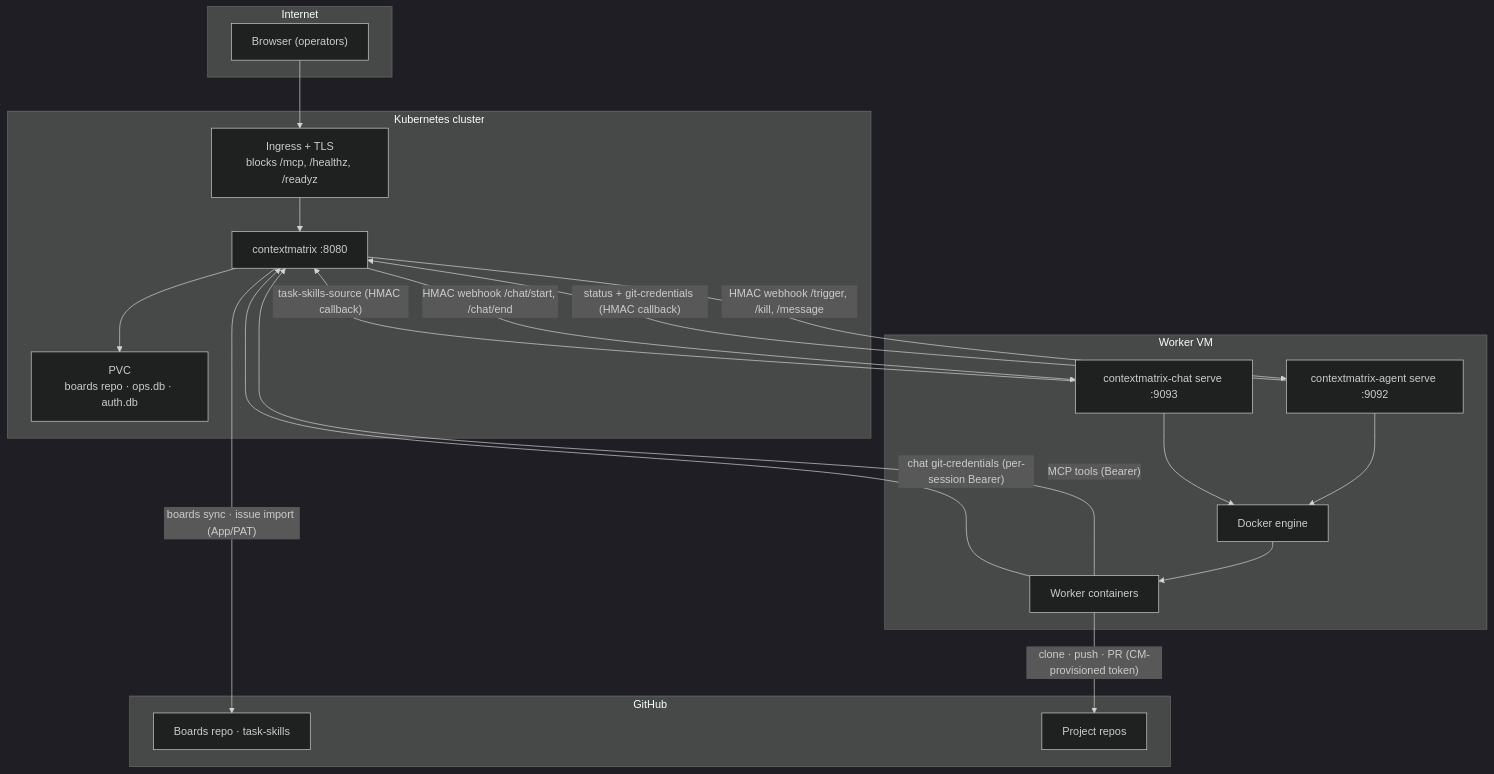
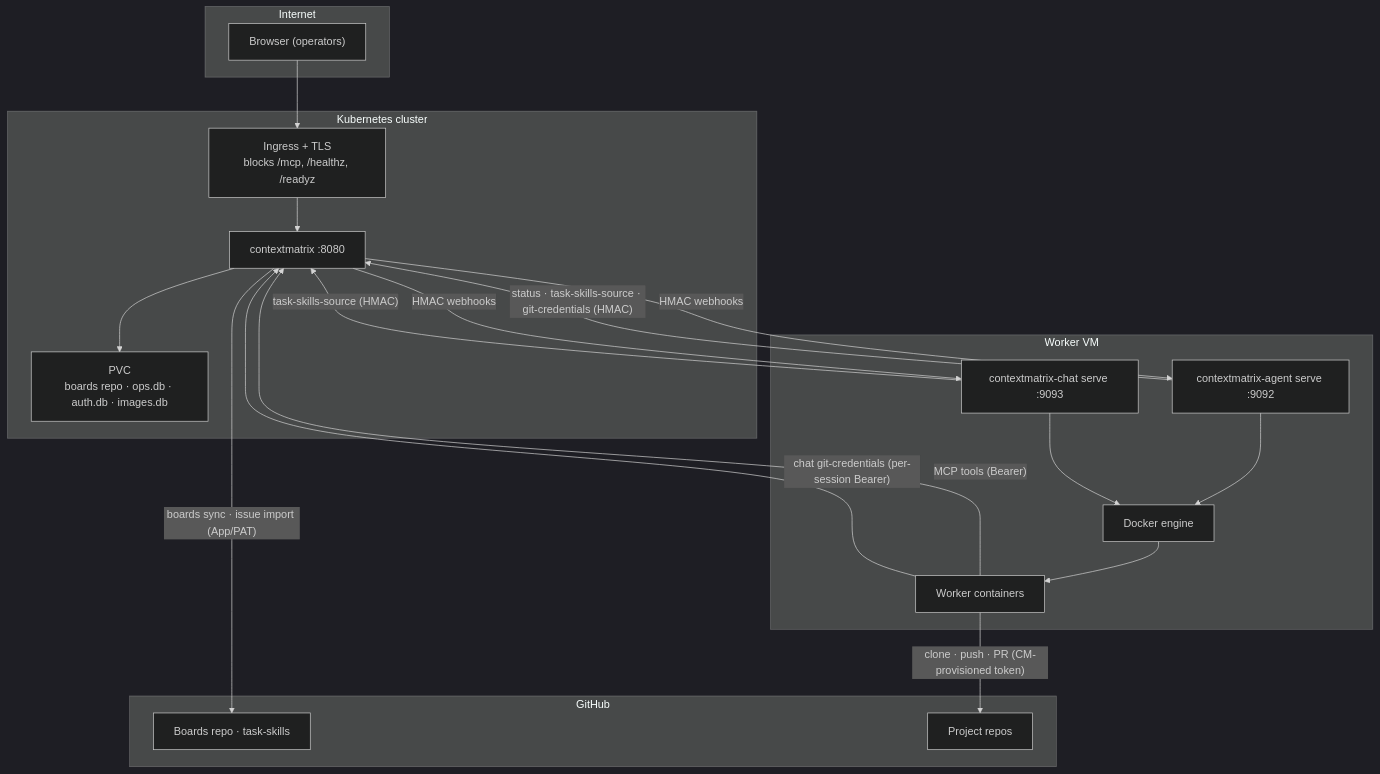
Before and after one commit to mhersson/contextmatrix: the diagram in docs/deployment-example.md, drawn with Mermaid (dark theme). The commit also changed other lines of this file and 10 other files, not shown here.

````diff
--- a/docs/deployment-example.md
+++ b/docs/deployment-example.md
@@ -21,39 +22,39 @@
 ```mermaid
 flowchart TB
     subgraph internet["Internet"]
         browser["Browser (operators)"]
     end
 
     subgraph k8s["Kubernetes cluster"]
         ingress["Ingress + TLS<br/>blocks /mcp, /healthz, /readyz"]
         cm["contextmatrix :8080"]
-        pvc["PVC<br/>boards repo · ops.db · auth.db"]
+        pvc["PVC<br/>boards repo · ops.db · auth.db · images.db"]
         cm --> pvc
         ingress --> cm
     end
 
     subgraph vm["Worker VM"]
         agent["contextmatrix-agent serve :9092"]
         chat["contextmatrix-chat serve :9093"]
         docker["Docker engine"]
         worker["Worker containers"]
         agent --> docker
         chat --> docker
         docker --> worker
     end
 
     subgraph github["GitHub"]
         boards["Boards repo · task-skills"]
         repos["Project repos"]
     end
 
     browser --> ingress
-    cm -- "HMAC webhook /trigger, /kill, /message" --> agent
-    cm -- "HMAC webhook /chat/start, /chat/end" --> chat
-    agent -- "status + git-credentials (HMAC callback)" --> cm
-    chat -- "task-skills-source (HMAC callback)" --> cm
+    cm -- "HMAC webhooks" --> agent
+    cm -- "HMAC webhooks" --> chat
+    agent -- "status · task-skills-source · git-credentials (HMAC)" --> cm
+    chat -- "task-skills-source (HMAC)" --> cm
     worker -- "MCP tools (Bearer)" --> cm
     worker -- "chat git-credentials (per-session Bearer)" --> cm
     cm -- "boards sync · issue import (App/PAT)" --> boards
     worker -- "clone · push · PR (CM-provisioned token)" --> repos
 ```
````
